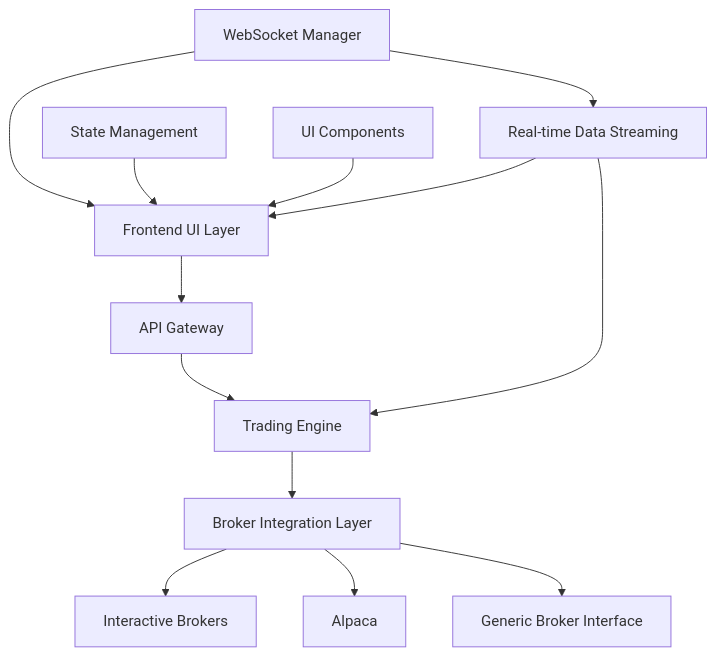
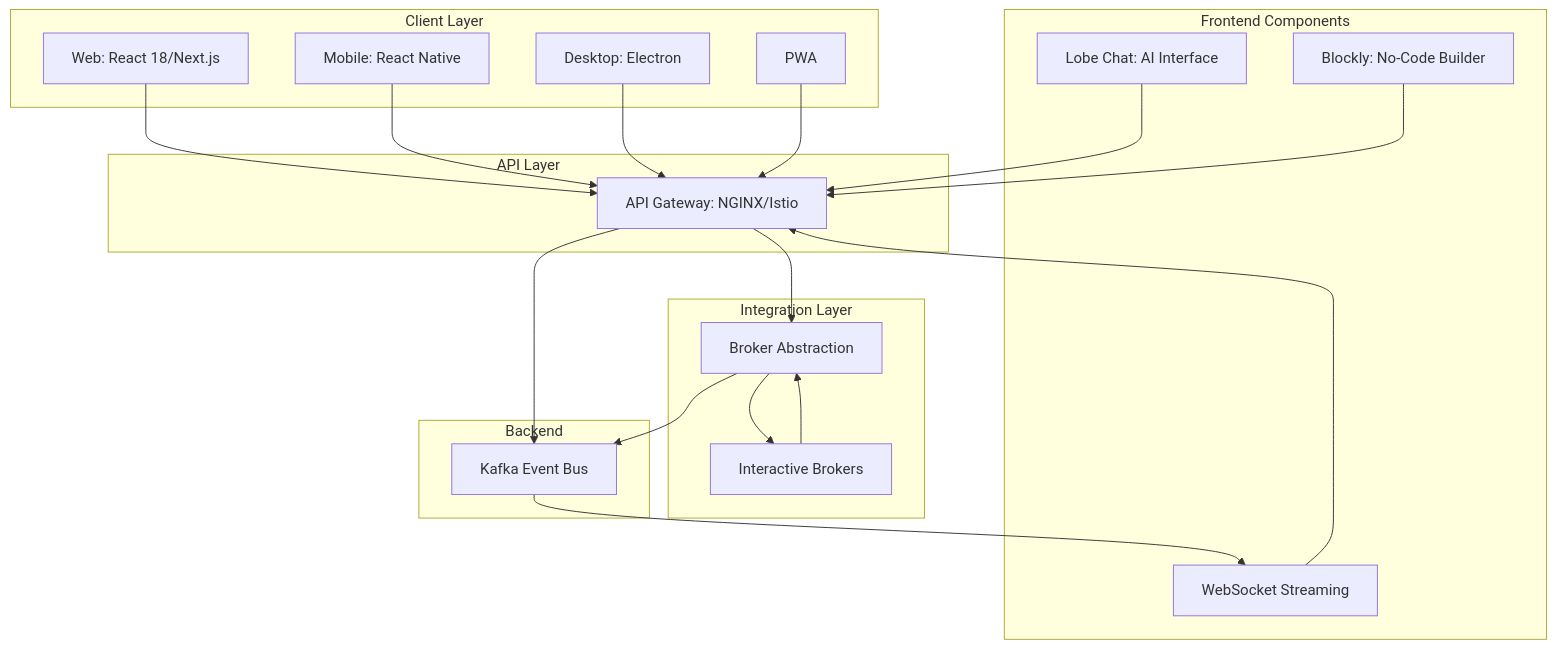
The fifth of 15 diagrams in docs/complete_designs.md (vincentspereira/Algorithmic-Trading-System), drawn with Mermaid before and after one commit. The commit also changed other lines of this file and 72 other files, not shown here.

````diff
--- a/docs/complete_designs.md
+++ b/docs/complete_designs.md
@@ -169,19 +290,39 @@
 ```mermaid
 graph TB
-    A[Frontend UI Layer] --> B[API Gateway]
-    B --> C[Trading Engine]
-    C --> D[Broker Integration Layer]
+    subgraph "Client Layer"
+        WEB[Web: React 18/Next.js]
+        MOB[Mobile: React Native]
+        DESK[Desktop: Electron]
+        PWA[PWA]
+    end
     
-    D --> E[Interactive Brokers]
-    D --> F[Alpaca]
-    D --> G[Generic Broker Interface]
+    subgraph "API Layer"
+        GW[API Gateway: NGINX/Istio]
+    end
     
-    H[Real-time Data Streaming] --> A
-    H --> C
+    subgraph "Integration Layer"
+        BROKER[Broker Abstraction]
+        IBKR[Interactive Brokers]
+    end
     
-    I[WebSocket Manager] --> A
-    I --> H
+    subgraph "Frontend Components"
+        LOBE[Lobe Chat: AI Interface]
+        BLOCK[Blockly: No-Code Builder]
+        STREAM[WebSocket Streaming]
+    end
     
-    J[State Management] --> A
-    K[UI Components] --> A
+    subgraph "Backend"
+        KAFKA[Kafka Event Bus]
+    end
+    
+    WEB & MOB & DESK & PWA --> GW
+    GW --> KAFKA
+    GW --> BROKER
+    BROKER --> IBKR
+    IBKR --> BROKER
+    BROKER --> KAFKA
+    LOBE --> GW
+    BLOCK --> GW
+    STREAM --> GW
+    KAFKA --> STREAM
 ```
````
